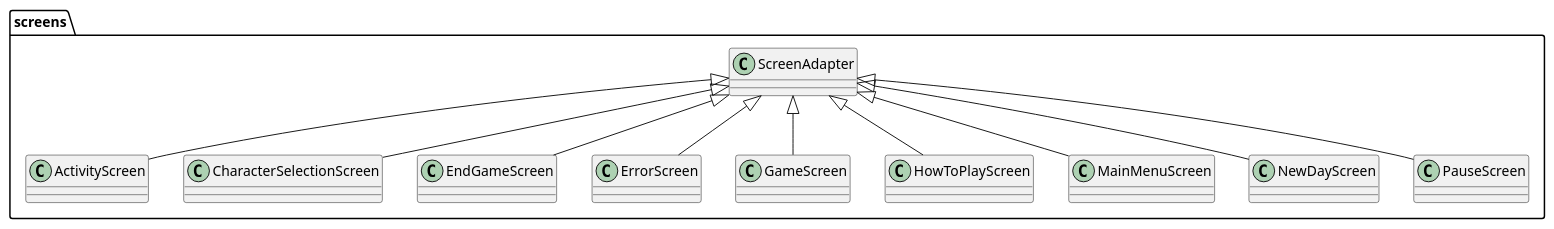
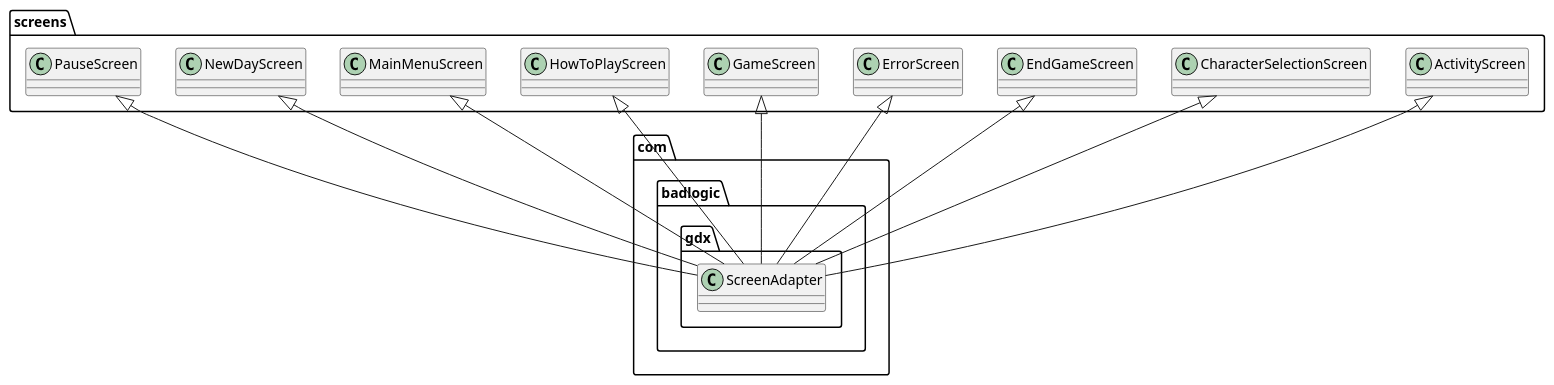
One commit to Mxtt-smith/Group-12-ENG1 changed the diagram in UML_Diagrams/screens_Class_Diagram.puml. Above: the diagram before and after it, drawn with PlantUML.

```diff
--- a/UML_Diagrams/screens_Class_Diagram.puml
+++ b/UML_Diagrams/screens_Class_Diagram.puml
@@ -1,20 +1,36 @@
 @startuml
 'https://plantuml.com/class-diagram
 /'
 more detail about the functionality of the classes in the screens package
 '/
 
+package com.badlogic.gdx {
+class ScreenAdapter
+}
 
 package screens {
-class ActivityScreen extends ScreenAdapter
-class CharacterSelectionScreen extends ScreenAdapter
-class EndGameScreen extends ScreenAdapter
-class ErrorScreen extends ScreenAdapter
-class GameScreen extends ScreenAdapter
-class HowToPlayScreen extends ScreenAdapter
-class MainMenuScreen extends ScreenAdapter
-class NewDayScreen extends ScreenAdapter
-class PauseScreen extends ScreenAdapter
+
+class ActivityScreen
+class CharacterSelectionScreen
+class EndGameScreen
+class ErrorScreen
+class GameScreen
+class HowToPlayScreen
+class MainMenuScreen
+class NewDayScreen
+class PauseScreen
+
+ActivityScreen <|-- ScreenAdapter
+CharacterSelectionScreen <|-- ScreenAdapter
+EndGameScreen <|-- ScreenAdapter
+ErrorScreen <|-- ScreenAdapter
+GameScreen <|-- ScreenAdapter
+HowToPlayScreen <|-- ScreenAdapter
+MainMenuScreen <|-- ScreenAdapter
+NewDayScreen <|-- ScreenAdapter
+PauseScreen <|-- ScreenAdapter
 }
 }
+
+
 @enduml
```
